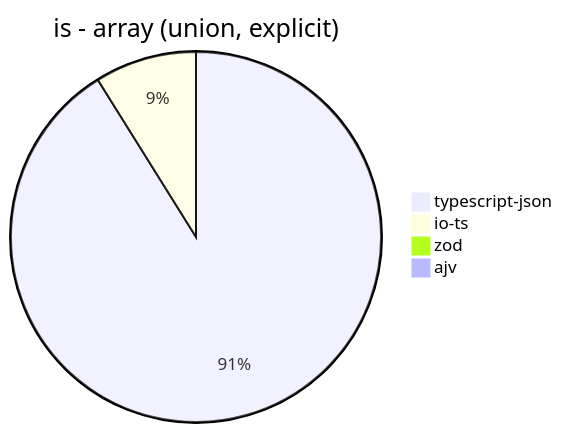
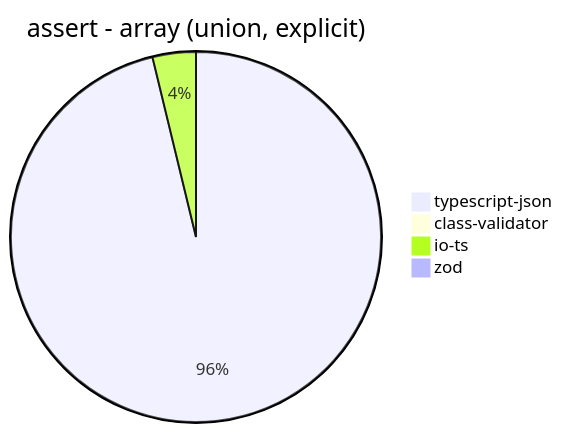
Before and after one commit to samchon/typia: diagram 14 of 40 in benchmark/results/AMD Ryzen 9 5900HX with Radeon Graphics.md, drawn with Mermaid. The commit also changed other lines of this file and 2 other files, not shown here.

````diff
--- a/benchmark/results/AMD Ryzen 9 5900HX with Radeon Graphics.md
+++ b/benchmark/results/AMD Ryzen 9 5900HX with Radeon Graphics.md
@@ -147,7 +163,7 @@
 ```mermaid
-pie title is - array (union, explicit)
-  "typescript-json": 3973.5332222839165
-  "io-ts": 387.71305487919085
-  "zod": 3.0171600980577034
-  "ajv": 0
+pie title assert - array (union, explicit)
+  "typescript-json": 2321.2836591663595
+  "class-validator": 8.12274368231047
+  "io-ts": 91.19095385737735
+  "zod": 2.9784065524944157
 ```
````
